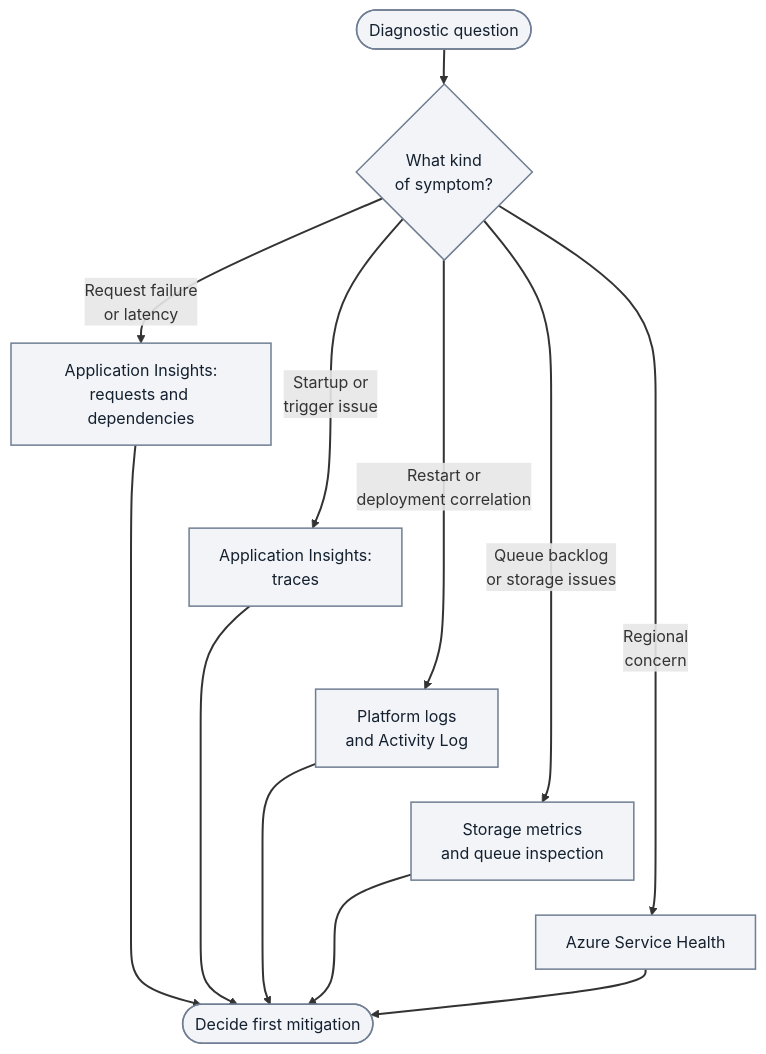
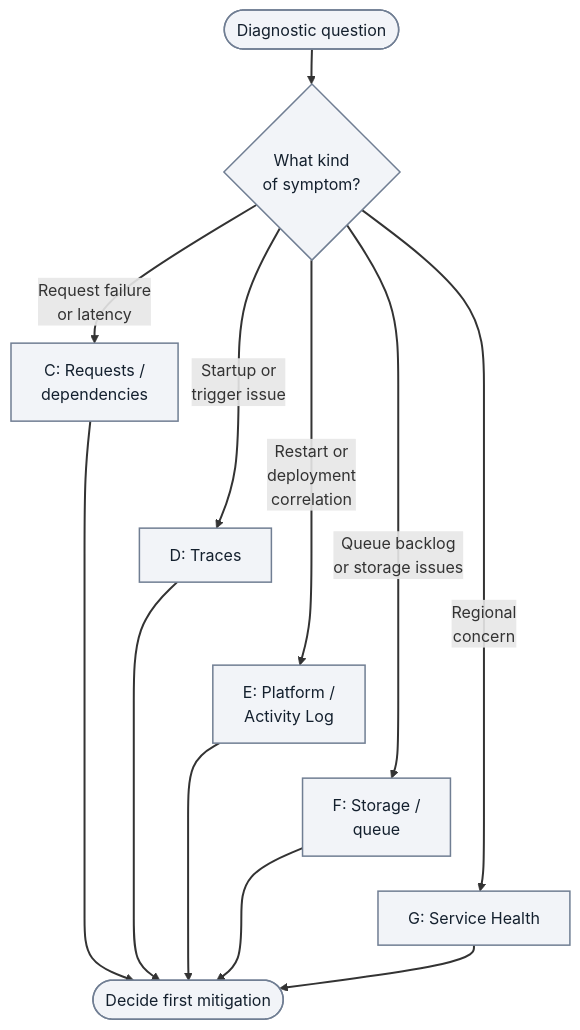
One commit to yeongseon/azure-functions-practical-guide changed the diagram in docs/troubleshooting/evidence-map.md. Above: the diagram before and after it, drawn with Mermaid. The commit also changed other lines of this file, not shown here.

Commit message:
docs(diagrams): expand keyed evidence source legend
Keep five independent evidence paths with full categories and source names
in an adjacent table. Refresh only owned records for the reviewed figures.

Refs #277

````diff
--- a/docs/troubleshooting/evidence-map.md
+++ b/docs/troubleshooting/evidence-map.md
@@ -49,25 +49,25 @@
 ```mermaid
 %%{init: {'flowchart': {'nodeSpacing': 5, 'rankSpacing': 35}}}%%
 flowchart TD
     accTitle: Symptom to first evidence source
     accDescr: Illustrative evidence lookup, not a causal classifier. Request failures or latency route to requests and dependencies; startup or trigger issues to traces; restart or deployment correlation to platform logs and Activity Log; queue backlog or storage issues to Storage metrics and queue inspection; regional concerns to Service Health. Each source leads to choosing a first mitigation. Telemetry availability depends on instrumentation and configuration.
     A(["Diagnostic question"]) --> B{"What kind<br/>of symptom?"}
-    B -->|"Request failure<br/>or latency"| C["Application Insights:<br/>requests and dependencies"]
-    B -->|"Startup or<br/>trigger issue"| D["Application Insights:<br/>traces"]
-    B -->|"Restart or<br/>deployment correlation"| E["Platform logs<br/>and Activity Log"]
-    B -->|"Queue backlog<br/>or storage issues"| F["Storage metrics<br/>and queue inspection"]
-    B -->|"Regional<br/>concern"| G["Azure Service Health"]
+    B -->|"Request failure<br/>or latency"| C["C: Requests /<br/>dependencies"]
+    B -->|"Startup or<br/>trigger issue"| D["D: Traces"]
+    B -->|"Restart or<br/>deployment<br/>correlation"| E["E: Platform /<br/>Activity Log"]
+    B -->|"Queue backlog<br/>or storage issues"| F["F: Storage /<br/>queue"]
+    B -->|"Regional<br/>concern"| G["G: Service Health"]
     C --> H(["Decide first mitigation"])
     D --> H
     E --> H
     F --> H
     G --> H
     %% Layout-only links tier alternatives; they add no diagnostic steps or arrows.
     C ~~~ D
     D ~~~ E
     E ~~~ F
     F ~~~ G
     classDef baseNeutral fill:#f2f4f8,stroke:#707e93,stroke-width:1.5px,color:#14202e;
     class A,B,C,D,E,F,G,H baseNeutral;
     linkStyle default stroke-width:2px;
 ```
````
